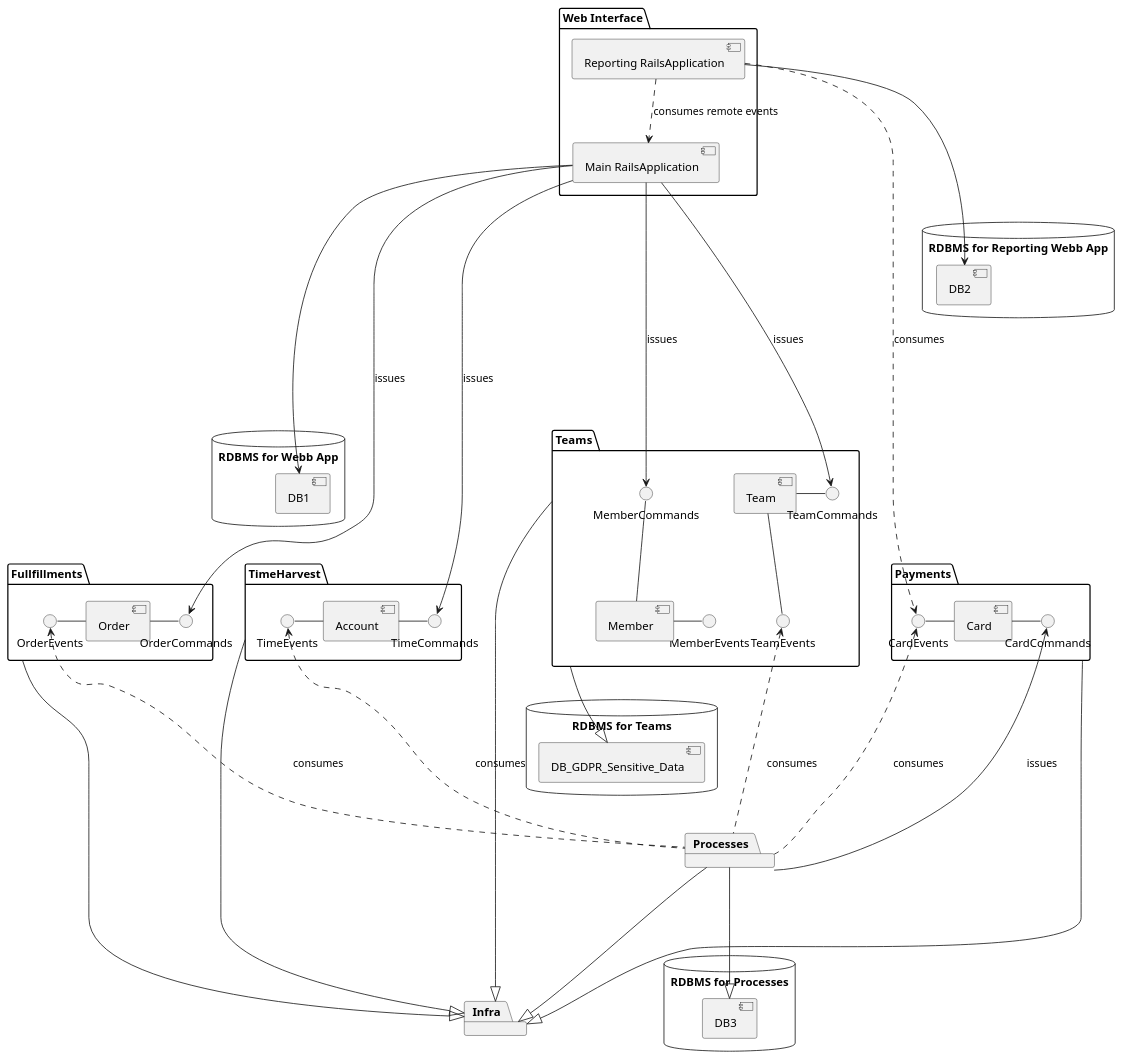
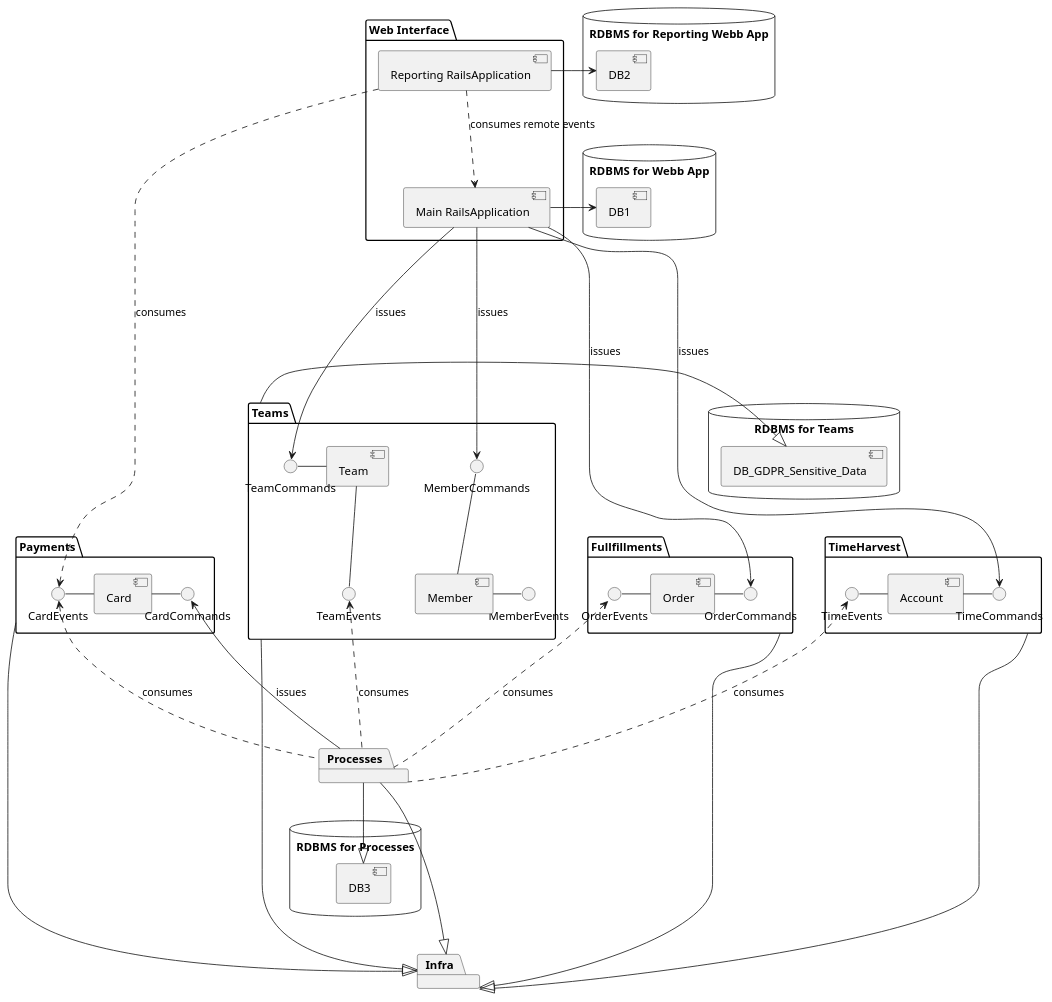
Before and after one commit to orbanbotond/DDD_FamilyMerit: the diagram in diagrams/architecture.puml, drawn with PlantUML. The commit also changed 1 other file, not shown here.

```diff
--- a/diagrams/architecture.puml
+++ b/diagrams/architecture.puml
@@ -1,75 +1,75 @@
 @startuml
 
 package "Infra" {
 }
 
 package "Fullfillments" {
   [Order] - OrderCommands
   OrderEvents - [Order]
 }
 
 
 database "RDBMS for Webb App" {
 	[DB1]
 }
 
 database "RDBMS for Reporting Webb App" {
 	[DB2]
 }
 
 database "RDBMS for Processes" {
 	[DB3]
 }
 
 database "RDBMS for Teams" {
 	[DB_GDPR_Sensitive_Data]
 }
 
 package "Payments" {
   CardEvents - [Card]
   [Card] - CardCommands
 }
 
 package "Processes" {
 }
 
 package "Teams" {
 	MemberEvents -left- [Member]
 	[Member] -up- MemberCommands
 	TeamEvents -up- [Team]
 	[Team] - TeamCommands
 }
 
 package "TimeHarvest" {
 	TimeEvents - [Account]
 	[Account] - TimeCommands
 }
 
 package "Web Interface" {
 	[Reporting RailsApplication]
 	[Main RailsApplication]
 }
 
 Fullfillments ---|> Infra
 Payments ---|> Infra
 Processes ---|> Infra
-Processes ---|> DB3
+Processes --|> DB3
 Teams ---|> Infra
-Teams ---|> DB_GDPR_Sensitive_Data
+Teams -|> DB_GDPR_Sensitive_Data
 TimeHarvest ---|> Infra
 
 "Main RailsApplication" ----> TimeCommands : issues
 "Main RailsApplication" ----> TeamCommands : issues
 "Main RailsApplication" ----> MemberCommands : issues
 "Main RailsApplication" ----> OrderCommands : issues
-"Main RailsApplication" ----> DB1
+"Main RailsApplication" -> DB1
 "Reporting RailsApplication" ..> "Main RailsApplication" :consumes remote events
 "Reporting RailsApplication" ...> CardEvents :consumes
-"Reporting RailsApplication" ---> DB2
+"Reporting RailsApplication" -> DB2
 Processes ..up.> CardEvents :consumes
 Processes ..up.> OrderEvents :consumes
 Processes ..up.> TeamEvents :consumes
 Processes ..up.> TimeEvents :consumes
 Processes --up-> CardCommands :issues
 
 @enduml
```
